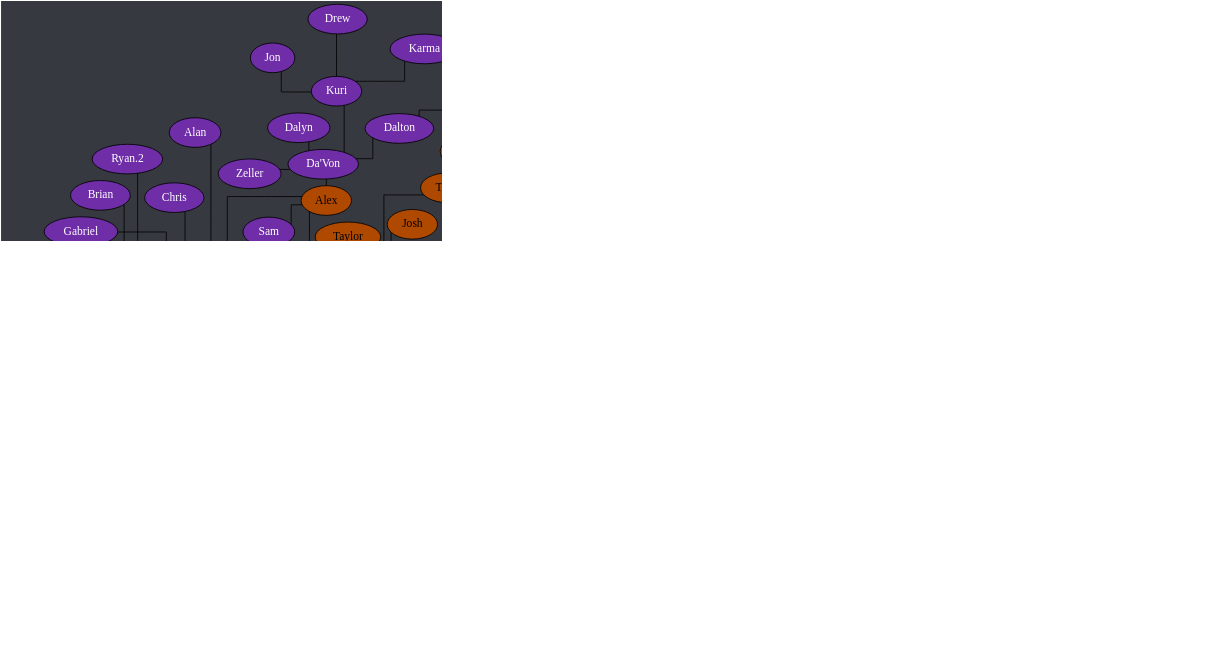
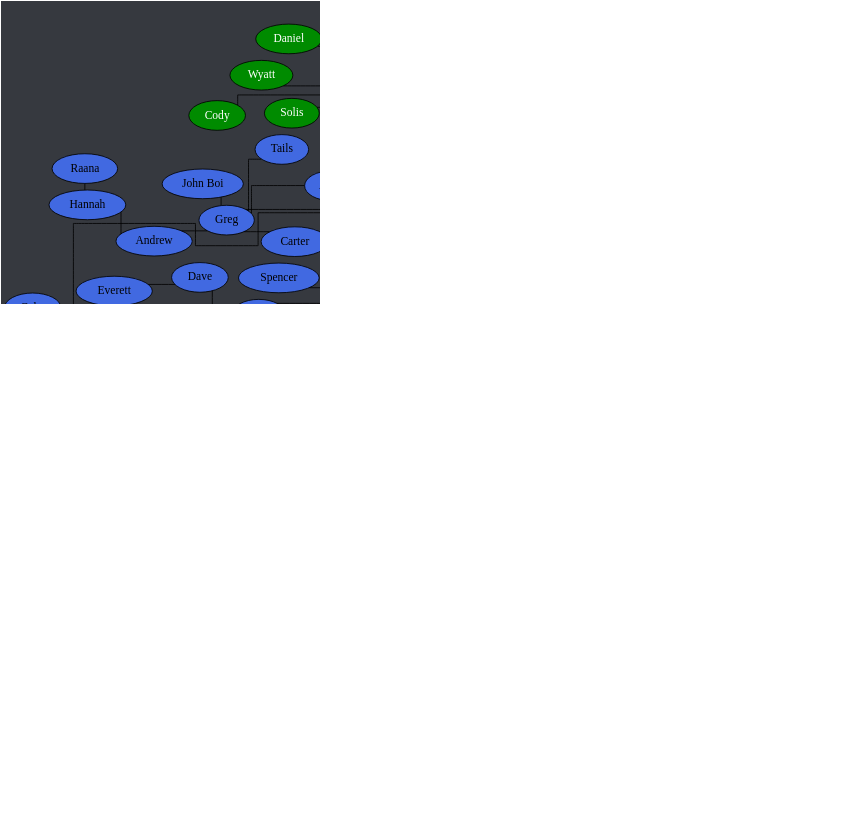
The diagram in tree.dot (Documidas/CoronaCatzFamilyTree), drawn with Graphviz before and after one commit. The commit also changed 1 other file, not shown here.

Commit message:
Add Matt

```diff
--- a/tree.dot
+++ b/tree.dot
@@ -1,170 +1,171 @@
 strict graph {
 	// Layout Configuration
 	layout = neato;
 	dpi = 200;
 	epsilon = 0.01;
 	mode = major;
 	model = subset;
 	overlap = false;
 	splines = ortho;
 	start = rand;
 
 	// Visual Configuration
 	graph [ truecolor=true bgcolor="#36393f" ];
 	node [ style=filled fillcolor="gray" fontcolor="black" ];
 
 	subgraph "Joel" {
 		node [ style=filled fillcolor="firebrick4" fontcolor="white" ];
 		Joel [ style=filled fillcolor="gold" fontcolor="black" ];
 
 		Cayla -- "Ali.2";
 		Cayla -- Jonathan;
 		Cayla -- Kate;
 		Cayla -- Ranger;
 		Joel -- Anders;
 		Joel -- Cayla;
 		Joel -- Conner;
 		Joel -- Jared;
 		Joel -- Kat;
 		Joel -- Patrick;
 		Joel -- Steven;
 		Joel -- Zach;
 	}
 
 	subgraph "Anders" {
 		node [ style=filled fillcolor="green4" fontcolor="white" ];
 		// Anders [ style=filled fillcolor="green4" fontcolor="white" ];
 
 		Anders -- Chiara;
 		Anders -- Cody;
 		Anders -- Daniel;
 		Anders -- "Derek/Yaupon";
 		Anders -- DJ;
 		Anders -- Hahnur;
 		Anders -- Jen;
 		Anders -- Matt;
 		Anders -- Solis;
 		Anders -- Will;
 		Anders -- Wyatt;
 	}
 
 	subgraph "Jared" {
 		node [ style=filled fillcolor="royalblue" fontcolor="black" ];
 		// Jared [ style=filled fillcolor="royalblue" fontcolor="black" ];
 
 		Andrew -- Hannah;
 		Dave -- Everett;
 		Donnie -- Bryan;
 		Donnie -- Troy;
 		Greg -- "Ali.1";
 		Greg -- Andrew;
 		Greg -- Carter;
 		Greg -- "John Boi";
 		Greg -- Tails;
 		Hannah -- Raana;
 		Jared -- Brandi;
 		Jared -- Dave;
 		Jared -- Donnie;
 		Jared -- Fabi;
 		Jared -- "Jack.2";
 		Jared -- Cole;
 		Jared -- Kamon;
 		Jared -- Greg;
 		Jared -- Isabelle;
 		Jared -- Mason;
+		Jared -- Matt;
 		Jared -- Mehmet;
 		Jared -- Nam;
 		Jared -- Shannon;
 		Jared -- Spencer;
 		Jared -- Tyler;
 		Jared -- "Zach/Laniakea";
 		Jared -- "Zöe";
 		Troy -- Drake;
 		Tyler -- Gaby;
 		"Zöe" -- Jasper;
 	}
 
 	subgraph "Zach/Laniakea" {
 		node [ style=filled fillcolor="#4eff2c" fontcolor="black" ];
 		// "Zach/Laniakea" [ style=filled fillcolor="#4eff2c" fontcolor="black" ];
 
 		"Caio.2" -- "Kyle.1";
 		"Caio.2" -- Lucas;
 		"Zach/Laniakea" -- Allen;
 		"Zach/Laniakea" -- "Caio.2";
 		"Zach/Laniakea" -- Colin;
 		"Zach/Laniakea" -- John;
 		"Zach/Laniakea" -- Logan;
 		"Zach/Laniakea" -- Kevin;
 		"Zach/Laniakea" -- "Kyle.0";
 		"Zach/Laniakea" -- Mike;
 		"Zach/Laniakea" -- "Ryan.1";
 	}
 
 	subgraph "John" {
 		node [ style=filled fillcolor="#c89b3c" fontcolor="black" ];
 		// John [ style=filled fillcolor="#c89b3c" fontcolor="black" ];
 
 		Haber -- "Derek/Nomad";
 		John -- Anna;
 		John -- Emily;
 		John -- Haber;
 		John -- Jay;
 		John -- Jack;
 		John -- Lara;
 		John -- Monarch;
 		John -- "Oliger/Leanza";
 		John -- Thomas;
 	}
 
 	subgraph "John-stream" {
 		// node [ style=filled fillcolor="#9147ff" fontcolor="black" ];
 		node [ style=filled fillcolor="#c89b3c" fontcolor="black" ];
 
 		John -- "Michael/Wheezy";
 	}
 
 	subgraph "Thomas" {
 		node [ style=filled fillcolor="#b04900" fontcolor="black" ];
 		// Thomas [ style=filled fillcolor="#b04900" fontcolor="black" ];
 
 		Thomas -- Alex;
 		Thomas -- Bob;
 		Thomas -- JD;
 		Thomas -- Josh;
 		Thomas -- Juan;
 		Thomas -- Taylor;
 		Thomas -- Tony;
 		Thomas -- "Travis.1";
 		Thomas -- "Travis.2";
 		Tony -- GT;
 	}
 
 	subgraph "Alex" {
 		node [ style=filled fillcolor="#6f2da8" fontcolor="white" ];
 		// Alex [ style=filled fillcolor="#6f2da8" fontcolor="black" ];
 
 		Alex -- "Alex/Blitt";
 		Alex -- "Da'Von";
 		Alex -- Sam;
 		"Alex/Blitt" -- Alan;
 		"Alex/Blitt" -- "Alex the 3rd";
 		"Alex/Blitt" -- Brian;
 		"Alex/Blitt" -- Carlos;
 		"Alex/Blitt" -- Chris;
 		"Alex/Blitt" -- Frank;
 		"Alex/Blitt" -- Gabriel;
 		"Alex/Blitt" -- "Kyle.3";
 		"Alex/Blitt" -- Laske;
 		"Alex/Blitt" -- "Ryan.2";
 		"Alex/Blitt" -- "Sam.2";
 		"Da'Von" -- Dalton;
 		"Da'Von" -- Dalyn;
 		"Da'Von" -- Kuri;
 		"Da'Von" -- Zeller;
 		Dalton -- Graysen;
 		Kuri -- Drew;
 		Kuri -- Jon;
 		Kuri -- Karma;
 	}
 }
```
